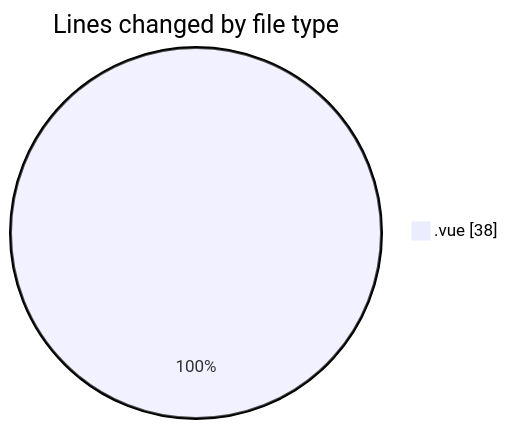
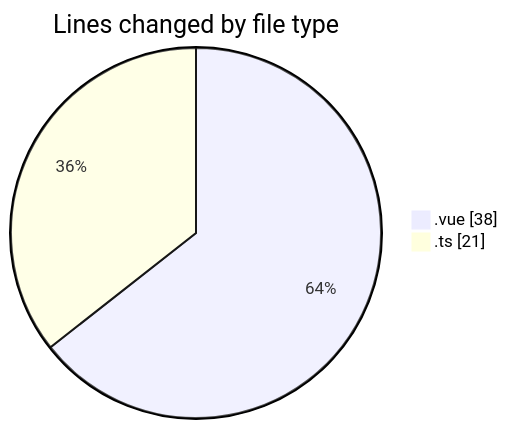
One commit to lephambinh05/code-tracking changed the first of 2 diagrams in 2025-08-19/rentotp/README.md. Above: the diagram before and after it, drawn with Mermaid. The commit also changed other lines of this file and 1 other file, not shown here.

````diff
--- a/2025-08-19/rentotp/README.md
+++ b/2025-08-19/rentotp/README.md
@@ -23,5 +24,6 @@
 ```mermaid
 pie showData
 title Lines changed by file type
 ".vue" : 38
+".ts" : 21
 ```
````
